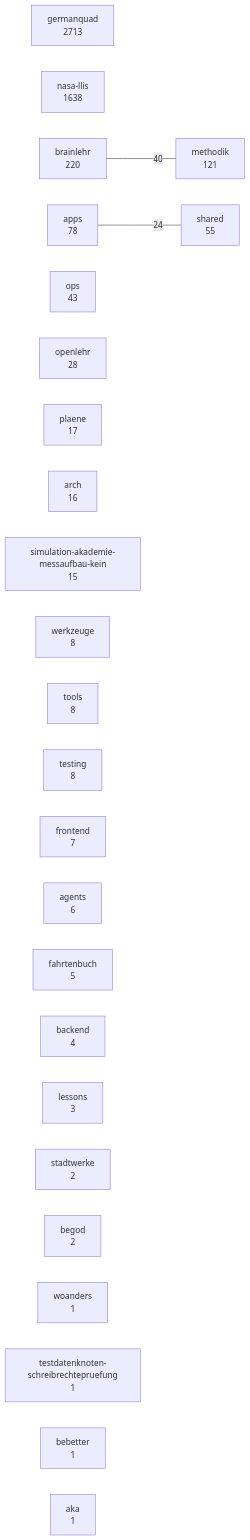
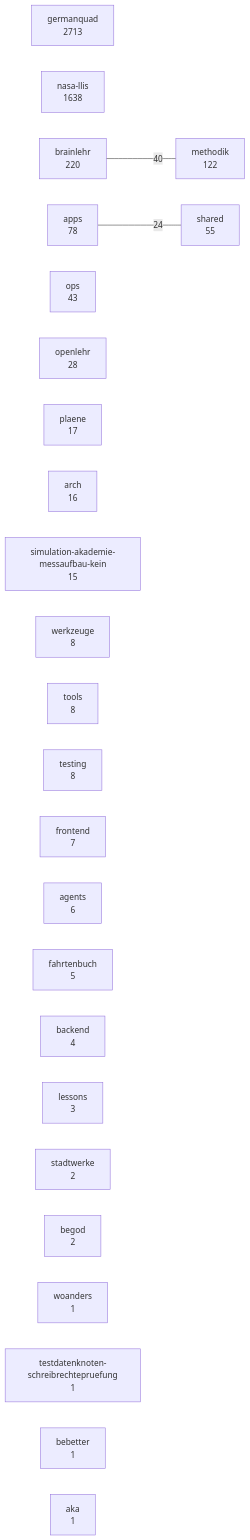
The diagram in docs/karten/bestand.md (3lehr/brainlehr), drawn with Mermaid before and after one commit. The commit also changed 5 other files, not shown here.

````diff
--- a/docs/karten/bestand.md
+++ b/docs/karten/bestand.md
@@ -5,30 +5,30 @@
 ```mermaid
 graph LR
   germanquad["germanquad<br/>2713"]
   nasa_llis["nasa-llis<br/>1638"]
   brainlehr["brainlehr<br/>220"]
-  methodik["methodik<br/>121"]
+  methodik["methodik<br/>122"]
   apps["apps<br/>78"]
   shared["shared<br/>55"]
   ops["ops<br/>43"]
   openlehr["openlehr<br/>28"]
   plaene["plaene<br/>17"]
   arch["arch<br/>16"]
   simulation_akademie_messaufbau_kein["simulation-akademie-messaufbau-kein<br/>15"]
   werkzeuge["werkzeuge<br/>8"]
   tools["tools<br/>8"]
   testing["testing<br/>8"]
   frontend["frontend<br/>7"]
   agents["agents<br/>6"]
   fahrtenbuch["fahrtenbuch<br/>5"]
   backend["backend<br/>4"]
   lessons["lessons<br/>3"]
   stadtwerke["stadtwerke<br/>2"]
   begod["begod<br/>2"]
   woanders["woanders<br/>1"]
   testdatenknoten_schreibrechtepruefung["testdatenknoten-schreibrechtepruefung<br/>1"]
   bebetter["bebetter<br/>1"]
   aka["aka<br/>1"]
   brainlehr ---|40| methodik
   apps ---|24| shared
 ```
````
